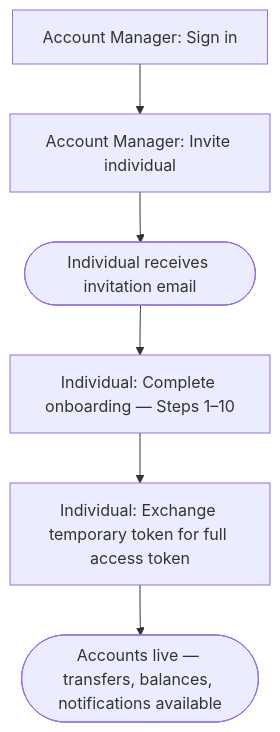
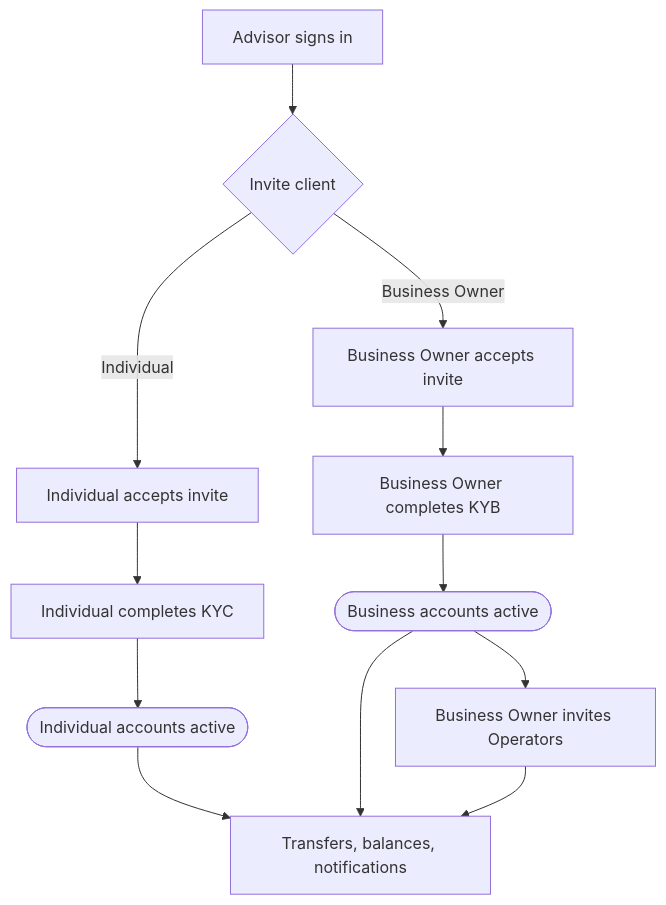
The second of 2 diagrams in docs/Getting Started/platform-overview.md (skhan-cpu/readme-paid), drawn with Mermaid before and after one commit. The commit also changed other lines of this file and 27 other files, not shown here.

````diff
--- a/docs/Getting Started/platform-overview.md
+++ b/docs/Getting Started/platform-overview.md
@@ -26,9 +59,15 @@
 ```mermaid
 flowchart TD
-    A[Account Manager: Sign in]
-    A --> B[Account Manager: Invite individual]
-    B --> C([Individual receives invitation email])
-    C --> D[Individual: Complete onboarding — Steps 1–10]
-    D --> E[Individual: Exchange temporary token for full access token]
-    E --> F([Accounts live — transfers, balances, notifications available])
+    A["Advisor signs in"]
+    A --> B{"Invite client"}
+    B -->|Individual| C["Individual accepts invite"]
+    B -->|Business Owner| D["Business Owner accepts invite"]
+    C --> E["Individual completes KYC"]
+    D --> F["Business Owner completes KYB"]
+    E --> G(["Individual accounts active"])
+    F --> H(["Business accounts active"])
+    H --> I["Business Owner invites Operators"]
+    G --> J["Transfers, balances, notifications"]
+    H --> J
+    I --> J
 ```
````
